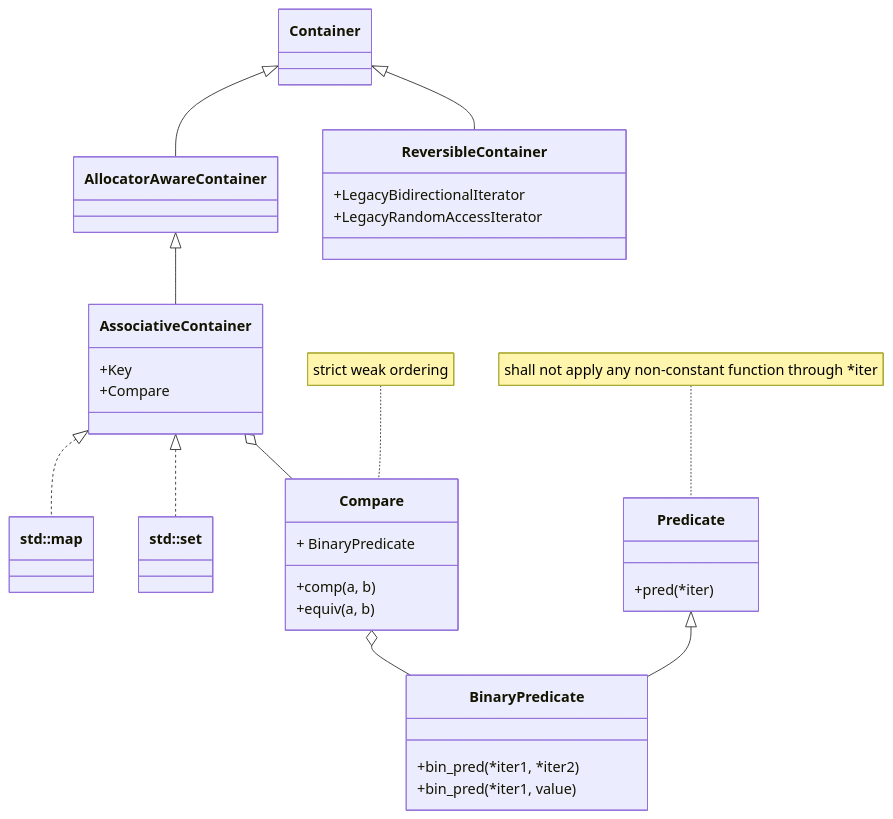
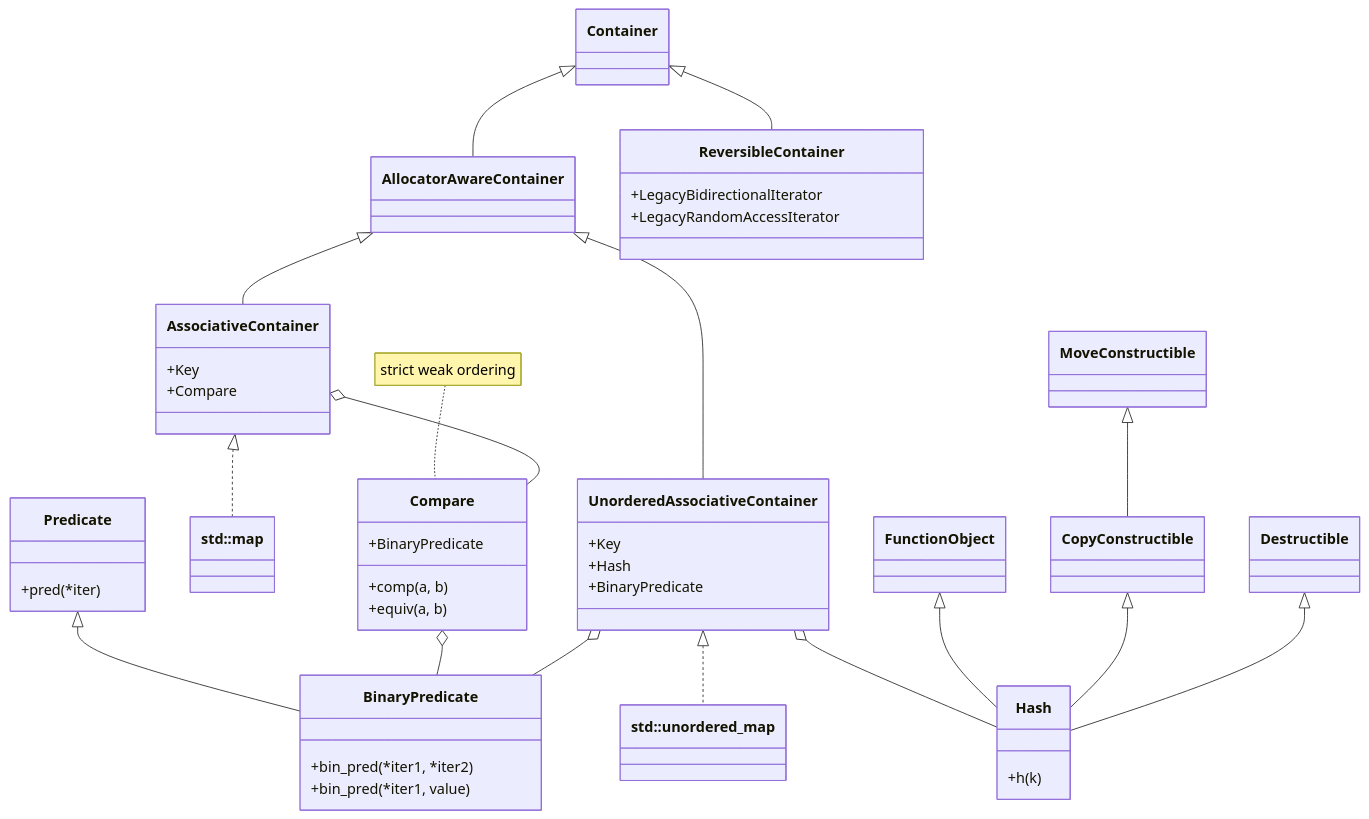
One commit to qinghaoh/qinghaoh.github.io changed the third of 5 diagrams in _posts/2023-09-01-cpp.markdown. Above: the diagram before and after it, drawn with Mermaid. The commit also changed other lines of this file and 4 other files, not shown here.

````diff
--- a/_posts/2023-09-01-cpp.markdown
+++ b/_posts/2023-09-01-cpp.markdown
@@ -86,38 +104,55 @@
 ```mermaid
 classDiagram
     Container <|-- AllocatorAwareContainer
     Container <|-- ReversibleContainer
     AllocatorAwareContainer <|-- AssociativeContainer
+    AllocatorAwareContainer <|-- UnorderedAssociativeContainer
     AssociativeContainer <|.. `std::map`
-    AssociativeContainer <|.. `std::set`
+    UnorderedAssociativeContainer <|.. `std::unordered_map`
 
     AssociativeContainer o-- Compare
-
     Predicate <|-- BinaryPredicate
     Compare o-- BinaryPredicate
+
+    UnorderedAssociativeContainer o-- Hash
+    UnorderedAssociativeContainer o-- BinaryPredicate
+    FunctionObject <|-- Hash
+    CopyConstructible <|-- Hash
+    Destructible <|-- Hash
+
+    MoveConstructible <|-- CopyConstructible
 
     class AssociativeContainer{
         +Key
         +Compare
     }
+    class UnorderedAssociativeContainer{
+        +Key
+        +Hash
+        +BinaryPredicate
+    }
     class ReversibleContainer{
         +LegacyBidirectionalIterator
         +LegacyRandomAccessIterator
     }
+
     class Compare{
-        + BinaryPredicate
+        +BinaryPredicate
         +comp(a, b)
         +equiv(a, b)
     }
     note for Compare "strict weak ordering"
 
     class Predicate{
         +pred(*iter)
     }
-    note for Predicate "shall not apply any non-constant function through *iter"
 
     class BinaryPredicate{
         +bin_pred(*iter1, *iter2)
         +bin_pred(*iter1, value)
     }
+
+    class Hash{
+        +h(k)
+    }
 ```
````
